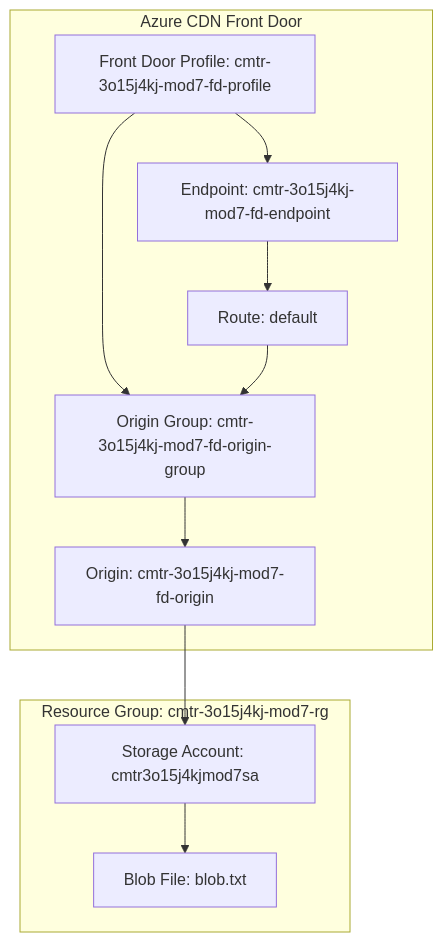
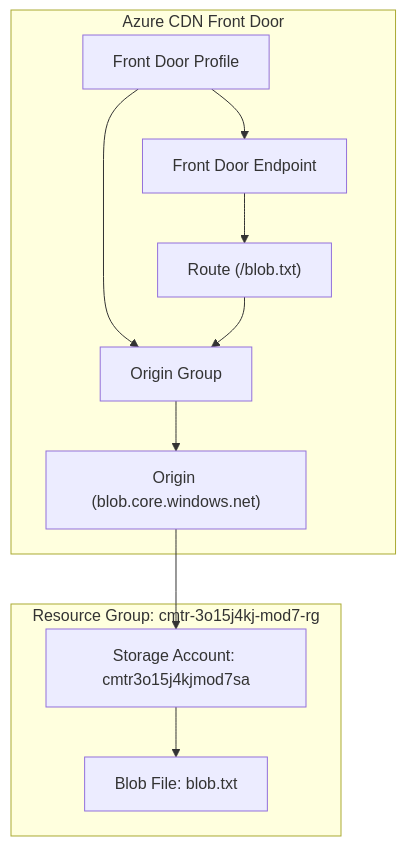
One commit to nurgazy-sydykov/azure-cloud changed the diagram in README.md. Above: the diagram before and after it, drawn with Mermaid. The commit also changed 1 other file, not shown here.

Commit message:
/modules/cdn/main.tf updated & README.md updated

````diff
--- a/README.md
+++ b/README.md
@@ -48,25 +48,24 @@
 ```mermaid
 graph TD
 
     subgraph RG["Resource Group: cmtr-3o15j4kj-mod7-rg"]
         SA["Storage Account: cmtr3o15j4kjmod7sa"]
         BLOB["Blob File: blob.txt"]
         SA --> BLOB
     end
 
     subgraph FD["Azure CDN Front Door"]
-        PROFILE["Front Door Profile: cmtr-3o15j4kj-mod7-fd-profile"]
-        ENDPOINT["Endpoint: cmtr-3o15j4kj-mod7-fd-endpoint"]
-        ORIGINGROUP["Origin Group: cmtr-3o15j4kj-mod7-fd-origin-group"]
-        ORIGIN["Origin: cmtr-3o15j4kj-mod7-fd-origin"]
-        ROUTE["Route: default"]
+        PROFILE["Front Door Profile"]
+        ENDPOINT["Front Door Endpoint"]
+        ORIGINGROUP["Origin Group"]
+        ORIGIN["Origin (blob.core.windows.net)"]
+        ROUTE["Route (/blob.txt)"]
     end
 
     PROFILE --> ENDPOINT
     PROFILE --> ORIGINGROUP
     ORIGINGROUP --> ORIGIN
     ENDPOINT --> ROUTE
     ROUTE --> ORIGINGROUP
-
     ORIGIN --> SA
 ```
````
